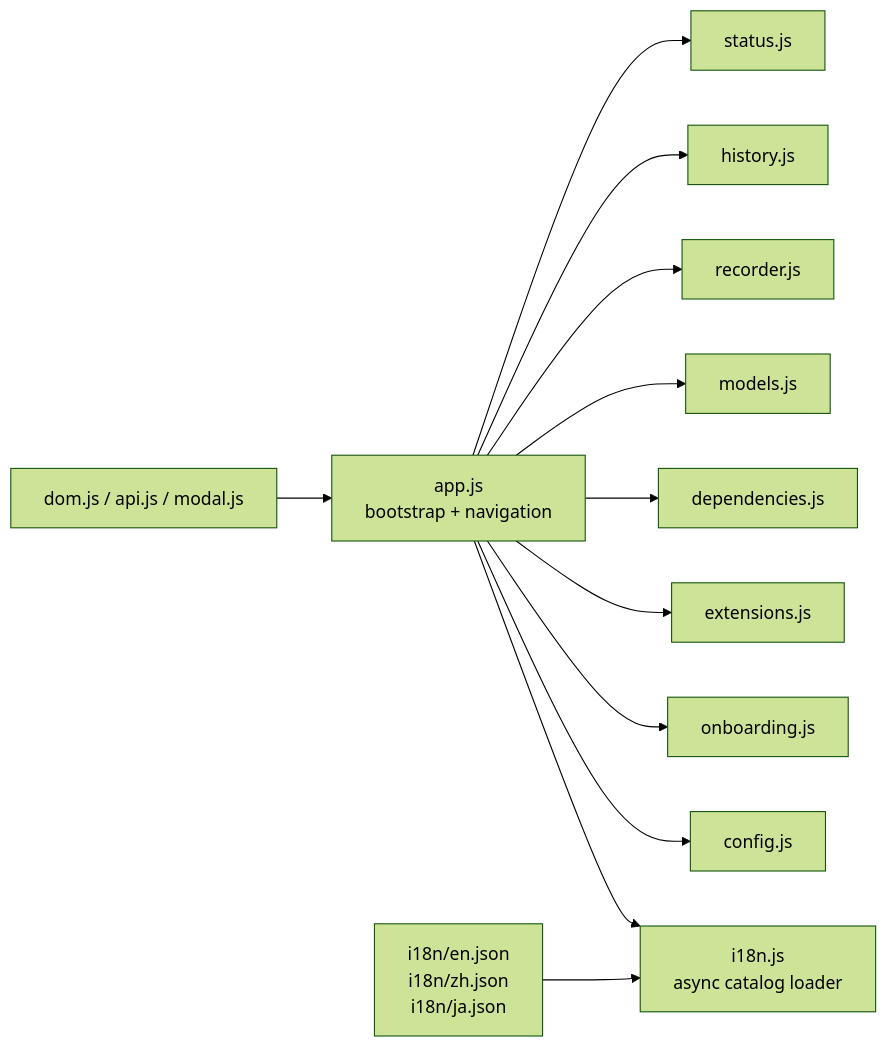
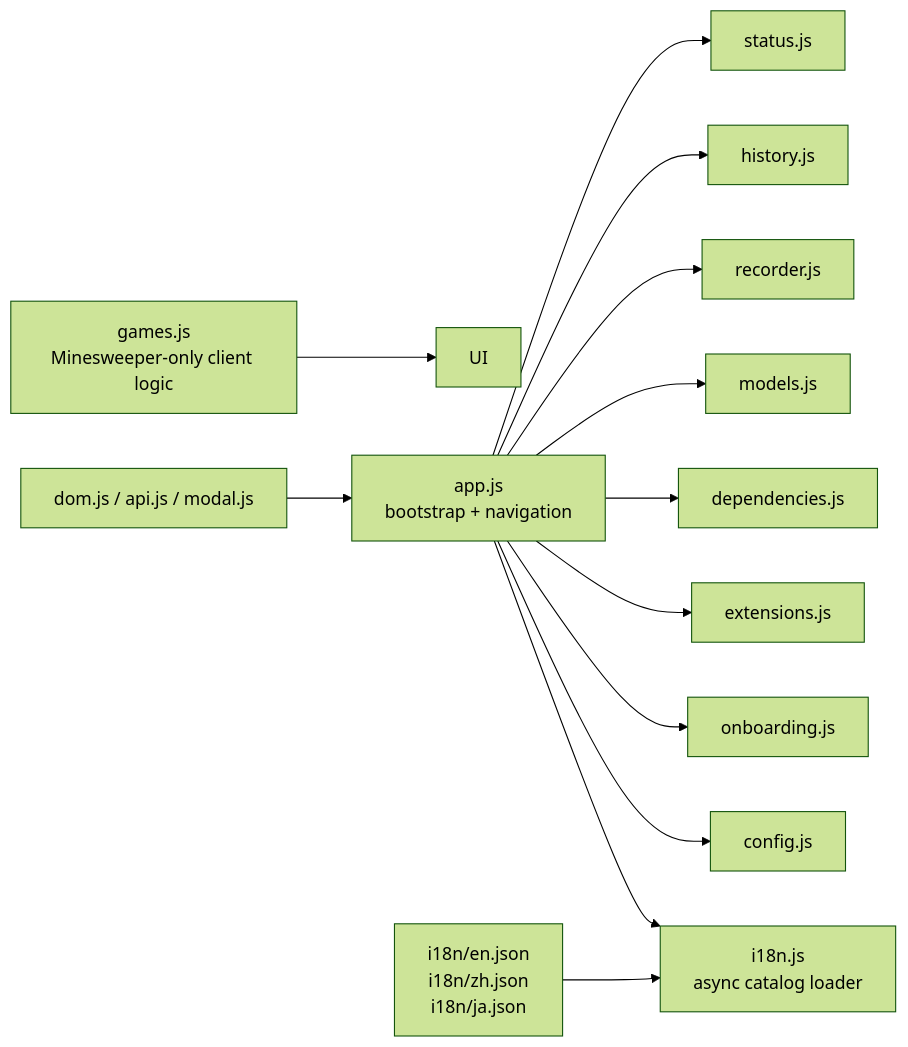
The second of 4 diagrams in docs/ARCHITECTURE.md (learnerbruse1/voicecode), drawn with Mermaid (forest theme) before and after one commit. The commit also changed other lines of this file and 20 other files, not shown here.

````diff
--- a/docs/ARCHITECTURE.md
+++ b/docs/ARCHITECTURE.md
@@ -57,14 +57,15 @@
 ```mermaid
 flowchart LR
   App["app.js\nbootstrap + navigation"] --> I18n["i18n.js\nasync catalog loader"]
   App --> Config["config.js"]
   App --> Onboarding["onboarding.js"]
   App --> Extensions["extensions.js"]
   App --> Dependencies["dependencies.js"]
   App --> Models["models.js"]
   App --> Recorder["recorder.js"]
   App --> History["history.js"]
   App --> Status["status.js"]
+  Games["games.js\nMinesweeper-only client logic"] --> UI
   Shared["dom.js / api.js / modal.js"] --> App
   CatalogJSON["i18n/en.json\ni18n/zh.json\ni18n/ja.json"] --> I18n
 ```
````
